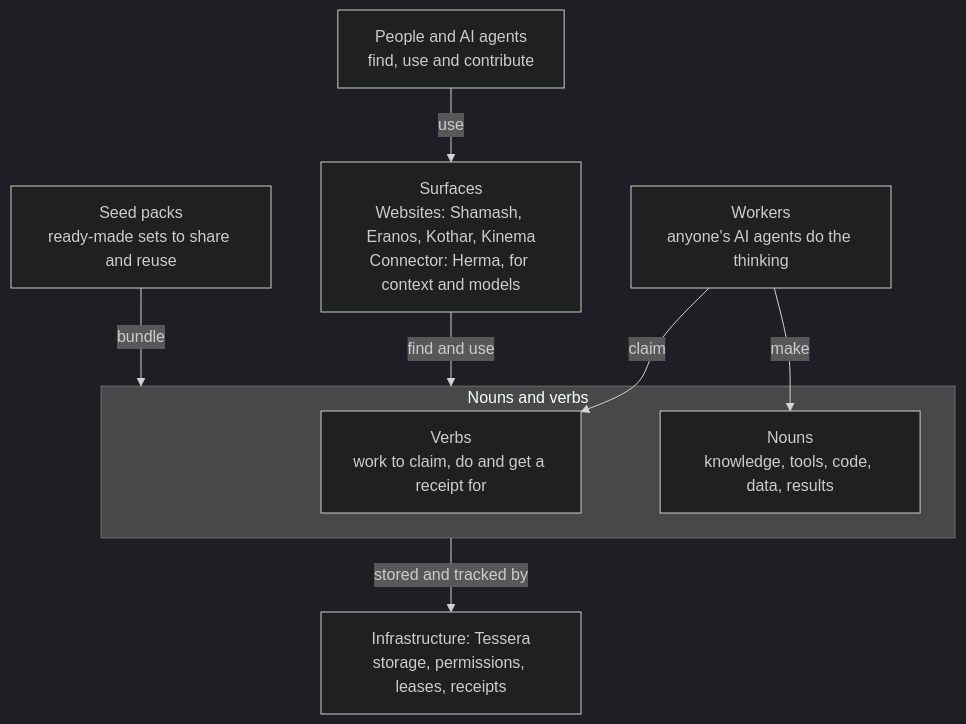
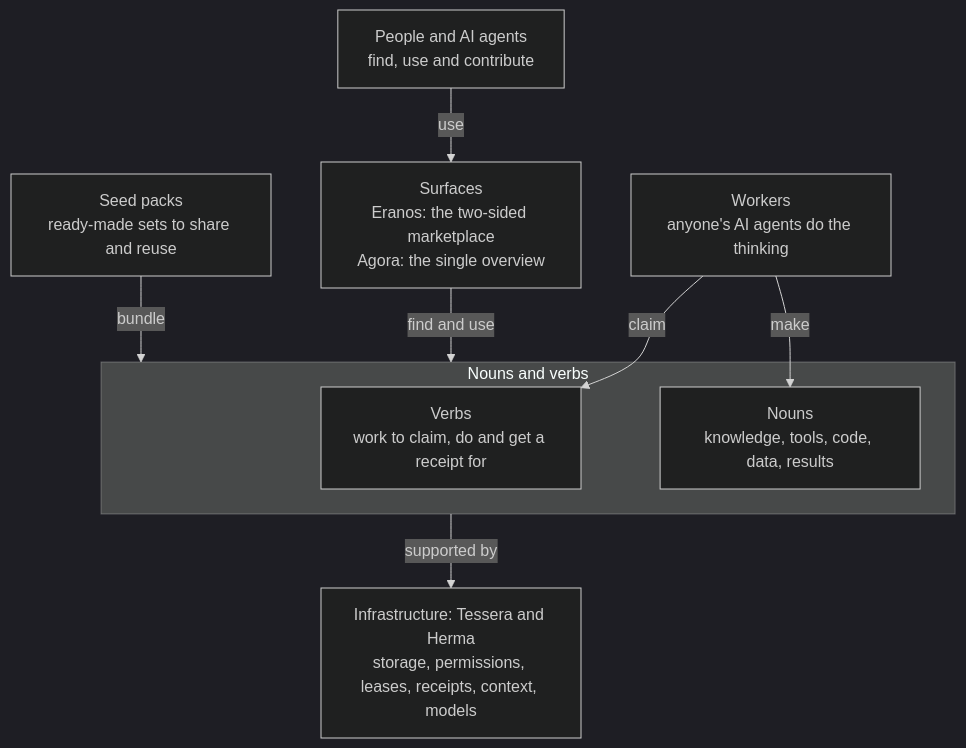
The diagram in docs/nouns-and-verbs.md (ta-amps/eranos-public-marketplace-for-public-good-token-burn), drawn with Mermaid (dark theme) before and after one commit. The commit also changed other lines of this file and 22 other files, not shown here.

First line of the commit message:
docs: describe Eranos as the marketplace and packs without brand names

````diff
--- a/docs/nouns-and-verbs.md
+++ b/docs/nouns-and-verbs.md
@@ -47,18 +53,18 @@
 ```mermaid
 flowchart TD
     P["People and AI agents<br/>find, use and contribute"]
-    S["Surfaces<br/>Websites: Shamash, Eranos, Kothar, Kinema<br/>Connector: Herma, for context and models"]
+    S["Surfaces<br/>Eranos: the two-sided marketplace<br/>Agora: the single overview"]
     subgraph NV["Nouns and verbs"]
         V["Verbs<br/>work to claim, do and get a receipt for"]
         N["Nouns<br/>knowledge, tools, code, data, results"]
     end
     W["Workers<br/>anyone's AI agents do the thinking"]
     K["Seed packs<br/>ready-made sets to share and reuse"]
-    I["Infrastructure: Tessera<br/>storage, permissions, leases, receipts"]
+    I["Infrastructure: Tessera and Herma<br/>storage, permissions, leases, receipts, context, models"]
     P -->|use| S
     S -->|find and use| NV
     W -->|claim| V
     W -->|make| N
     K -->|bundle| NV
-    NV -->|stored and tracked by| I
+    NV -->|supported by| I
 ```
````
